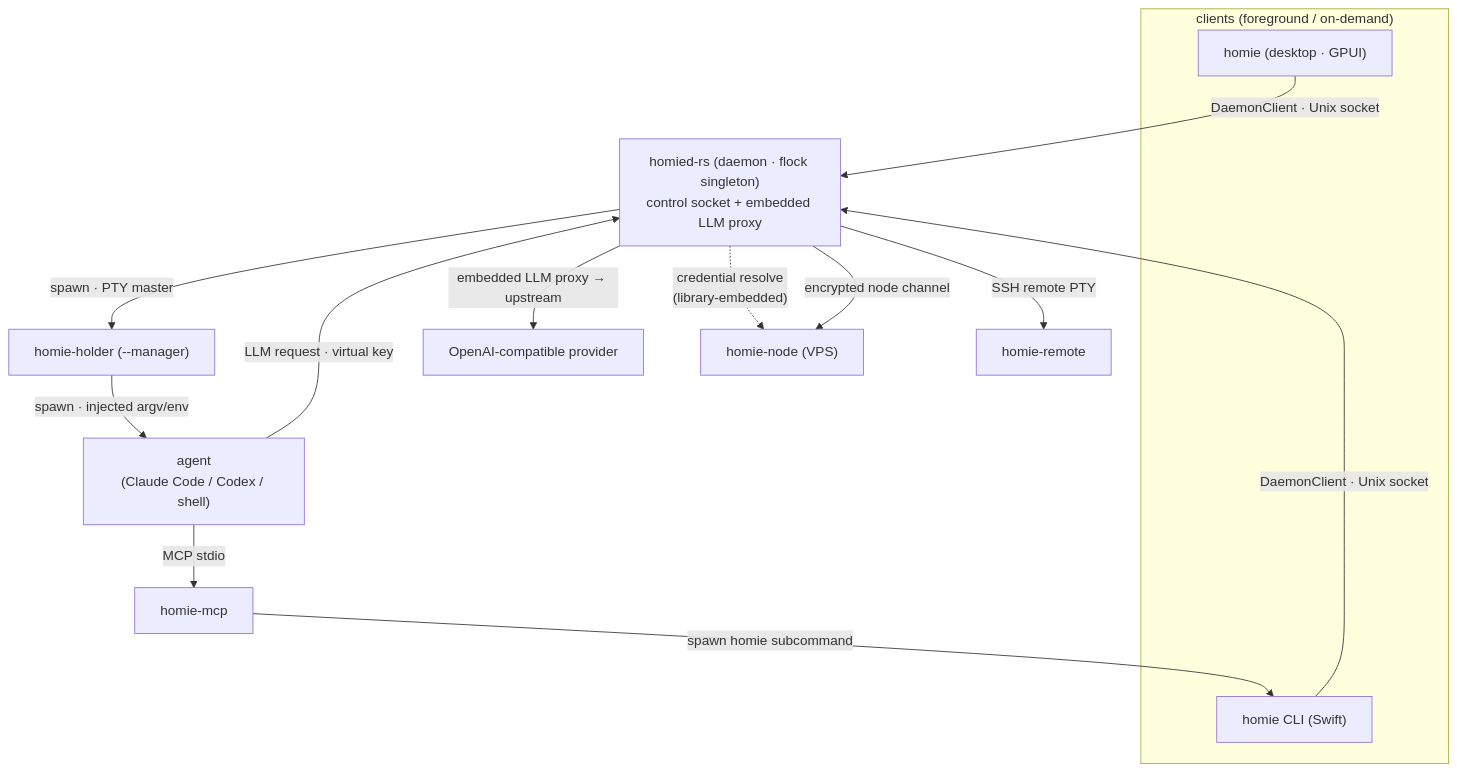
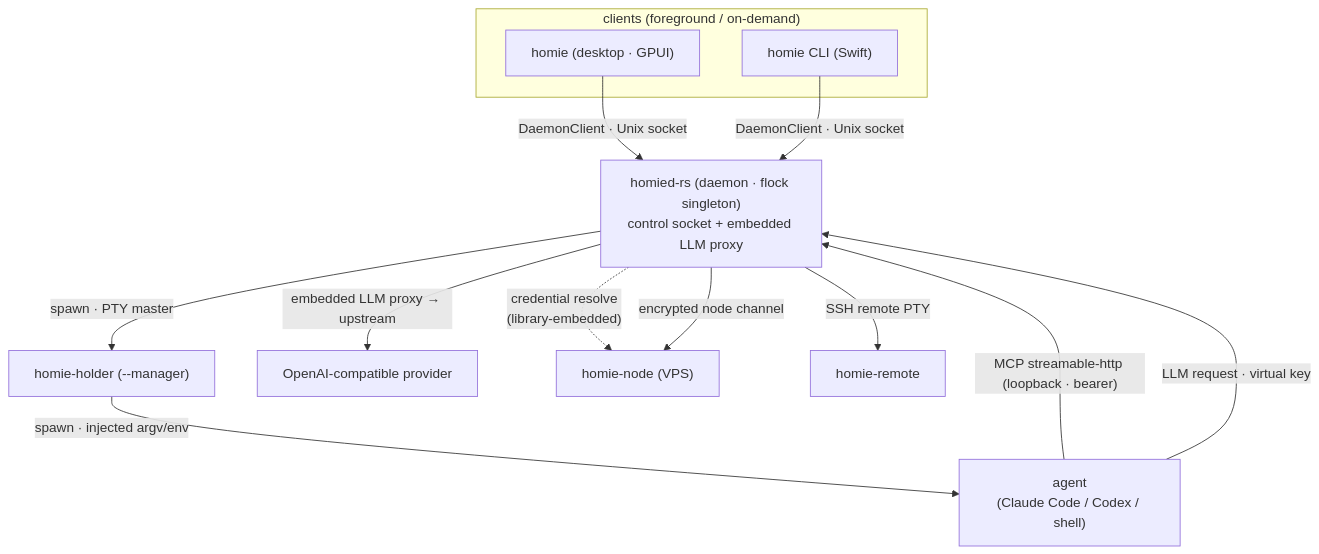
Before and after one commit to superops-team/homie: the first of 7 diagrams in README.md, drawn with Mermaid. The commit also changed other lines of this file and 3 other files, not shown here.

Commit message:
docs(mcp): finalize release evidence and align docs for HTTP transport

````diff
--- a/README.md
+++ b/README.md
@@ -37,25 +37,24 @@
 ```mermaid
 graph TD
     subgraph Clients["clients (foreground / on-demand)"]
         App["homie (desktop · GPUI)"]
         CLI["homie CLI (Swift)"]
     end
 
     Daemon["homied-rs (daemon · flock singleton)<br/>control socket + embedded LLM proxy"]
 
     App -->|"DaemonClient · Unix socket"| Daemon
     CLI -->|"DaemonClient · Unix socket"| Daemon
 
     Daemon -->|"spawn · PTY master"| Holder["homie-holder (--manager)"]
     Holder -->|"spawn · injected argv/env"| Agent["agent<br/>(Claude Code / Codex / shell)"]
 
-    Agent -->|"MCP stdio"| MCP["homie-mcp"]
-    MCP -->|"spawn homie subcommand"| CLI
+    Agent -->|"MCP streamable-http (loopback · bearer)"| Daemon
 
     Agent -->|"LLM request · virtual key"| Daemon
     Daemon -->|"embedded LLM proxy → upstream"| Provider["OpenAI-compatible provider"]
     Daemon -.->|"credential resolve<br/>(library-embedded)"| Node["homie-node (VPS)"]
 
     Daemon -->|"SSH remote PTY"| Remote["homie-remote"]
     Daemon -->|"encrypted node channel"| Node
 ```
````
